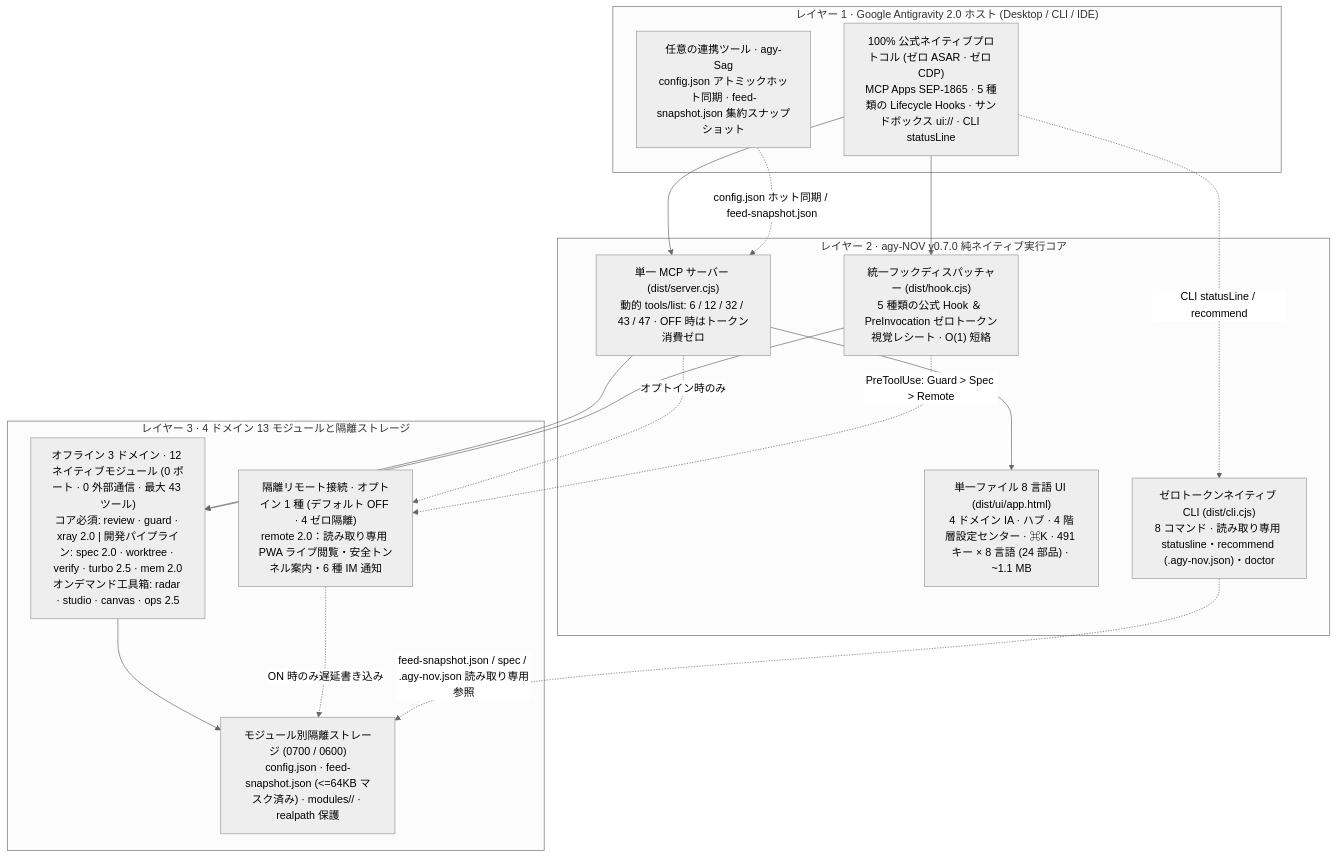
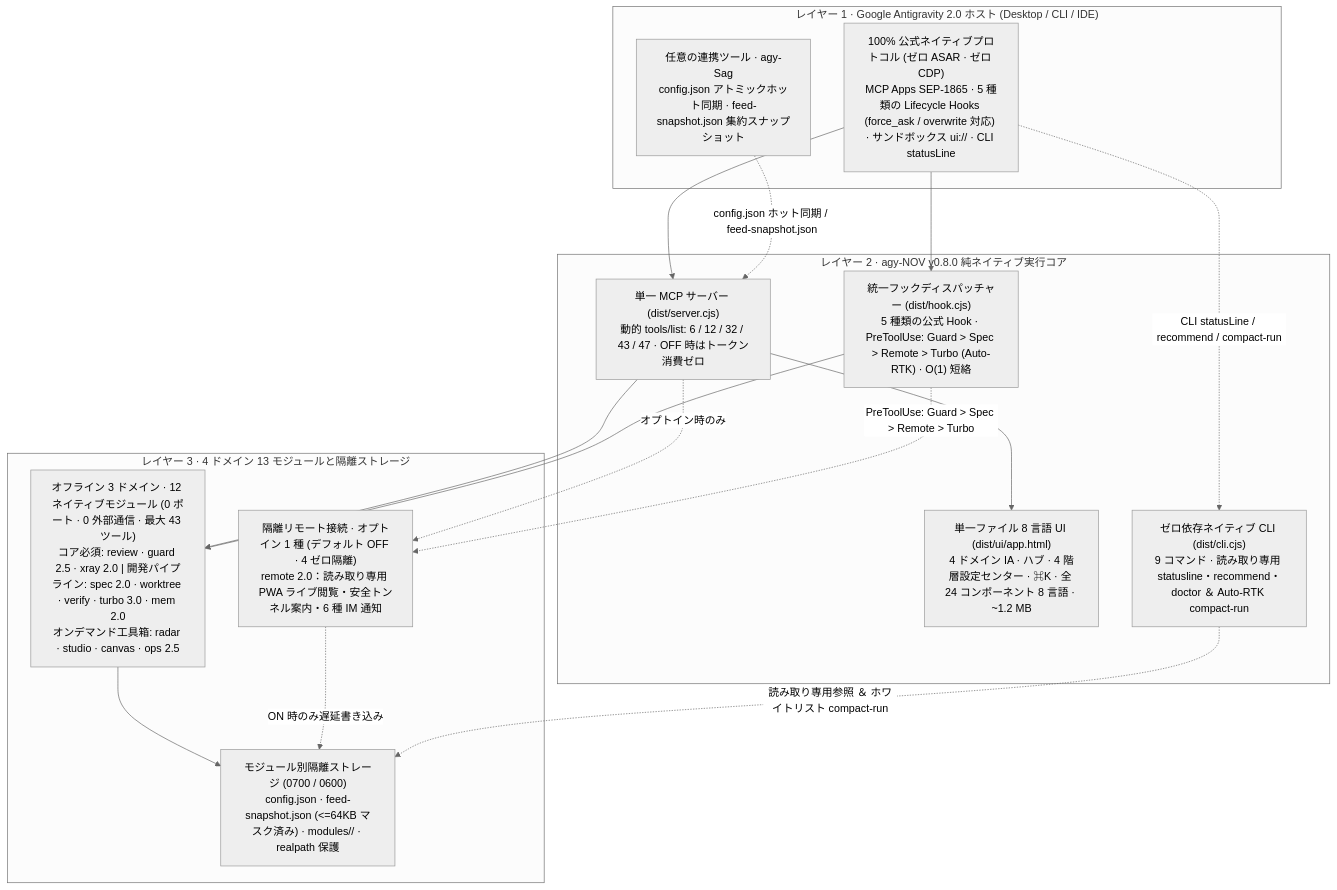
One commit to tone-leh/agy-NOV changed the diagram in docs/i18n/README.ja.md. Above: the diagram before and after it, drawn with Mermaid (neutral theme). The commit also changed other lines of this file and 47 other files, not shown here.

Commit message:
release: v0.8.0 — Auto-RTK overwrite proxy, Turbo 3.0 offline dep contracts/references/context pack & Guard 2.5 turn rewind/permission modes

````diff
--- a/docs/i18n/README.ja.md
+++ b/docs/i18n/README.ja.md
@@ -220,33 +215,33 @@
 ```mermaid
 flowchart TB
   subgraph L1["レイヤー 1 · Google Antigravity 2.0 ホスト (Desktop / CLI / IDE)"]
-    Host["100% 公式ネイティブプロトコル (ゼロ ASAR · ゼロ CDP)\nMCP Apps SEP-1865 · 5 種類の Lifecycle Hooks · サンドボックス ui:// · CLI statusLine"]
+    Host["100% 公式ネイティブプロトコル (ゼロ ASAR · ゼロ CDP)\nMCP Apps SEP-1865 · 5 種類の Lifecycle Hooks (force_ask / overwrite 対応) · サンドボックス ui:// · CLI statusLine"]
     Sag["任意の連携ツール · agy-Sag\nconfig.json アトミックホット同期 · feed-snapshot.json 集約スナップショット"]
   end
 
-  subgraph L2["レイヤー 2 · agy-NOV v0.7.0 純ネイティブ実行コア"]
+  subgraph L2["レイヤー 2 · agy-NOV v0.8.0 純ネイティブ実行コア"]
     MCP["単一 MCP サーバー (dist/server.cjs)\n動的 tools/list: 6 / 12 / 32 / 43 / 47 · OFF 時はトークン消費ゼロ"]
-    Hook["統一フックディスパッチャー (dist/hook.cjs)\n5 種類の公式 Hook ＆ PreInvocation ゼロトークン視覚レシート · O(1) 短絡"]
-    UI["単一ファイル 8 言語 UI (dist/ui/app.html)\n4 ドメイン IA · ハブ · 4 階層設定センター · ⌘K · 491 キー × 8 言語 (24 部品) · ~1.1 MB"]
-    CLI["ゼロトークンネイティブ CLI (dist/cli.cjs)\n8 コマンド · 読み取り専用 statusline・recommend (.agy-nov.json)・doctor"]
+    Hook["統一フックディスパッチャー (dist/hook.cjs)\n5 種類の公式 Hook · PreToolUse: Guard > Spec > Remote > Turbo (Auto-RTK) · O(1) 短絡"]
+    UI["単一ファイル 8 言語 UI (dist/ui/app.html)\n4 ドメイン IA · ハブ · 4 階層設定センター · ⌘K · 全 24 コンポーネント 8 言語 · ~1.2 MB"]
+    CLI["ゼロ依存ネイティブ CLI (dist/cli.cjs)\n9 コマンド · 読み取り専用 statusline・recommend・doctor ＆ Auto-RTK compact-run"]
   end
 
   subgraph L3["レイヤー 3 · 4 ドメイン 13 モジュールと隔離ストレージ"]
-    T1["オフライン 3 ドメイン · 12 ネイティブモジュール (0 ポート · 0 外部通信 · 最大 43 ツール)\nコア必須: review · guard · xray 2.0 | 開発パイプライン: spec 2.0 · worktree · verify · turbo 2.5 · mem 2.0\nオンデマンド工具箱: radar · studio · canvas · ops 2.5"]
+    T1["オフライン 3 ドメイン · 12 ネイティブモジュール (0 ポート · 0 外部通信 · 最大 43 ツール)\nコア必須: review · guard 2.5 · xray 2.0 | 開発パイプライン: spec 2.0 · worktree · verify · turbo 3.0 · mem 2.0\nオンデマンド工具箱: radar · studio · canvas · ops 2.5"]
     T2R["隔離リモート接続 · オプトイン 1 種 (デフォルト OFF · 4 ゼロ隔離)\nremote 2.0：読み取り専用 PWA ライブ閲覧・安全トンネル案内・6 種 IM 通知"]
     Store["モジュール別隔離ストレージ (0700 / 0600)\nconfig.json · feed-snapshot.json (<=64KB マスク済み) · modules/<id>/ · realpath 保護"]
   end
 
   Host --> MCP
   Host --> Hook
-  Host -. "CLI statusLine / recommend" .-> CLI
+  Host -. "CLI statusLine / recommend / compact-run" .-> CLI
   Sag -. "config.json ホット同期 / feed-snapshot.json" .-> MCP
   MCP --> UI
   MCP --> T1
   MCP -. "オプトイン時のみ" .-> T2R
   Hook --> T1
-  Hook -. "PreToolUse: Guard > Spec > Remote" .-> T2R
+  Hook -. "PreToolUse: Guard > Spec > Remote > Turbo" .-> T2R
   T1 --> Store
   T2R -. "ON 時のみ遅延書き込み" .-> Store
-  CLI -. "feed-snapshot.json / spec / .agy-nov.json 読み取り専用参照" .-> Store
+  CLI -. "読み取り専用参照 ＆ ホワイトリスト compact-run" .-> Store
 ```
````
